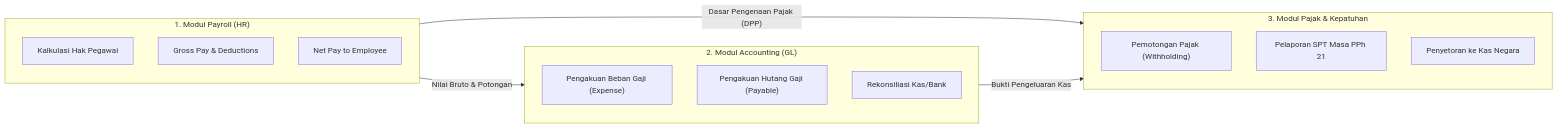
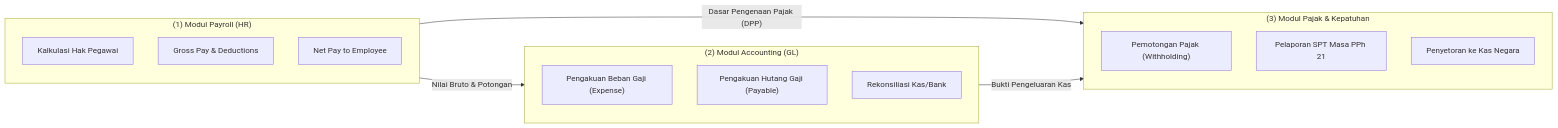
The first of 2 diagrams in content/10-hr/payroll-fundamentals.md (alimurrofid/erp-notes), drawn with Mermaid before and after one commit. The commit also changed other lines of this file and 132 other files, not shown here.

````diff
--- a/content/10-hr/payroll-fundamentals.md
+++ b/content/10-hr/payroll-fundamentals.md
@@ -29,24 +29,24 @@
 ```mermaid
 flowchart LR
-    subgraph PAY["1. Modul Payroll (HR)"]
+    subgraph PAY["(1) Modul Payroll (HR)"]
         P1["Kalkulasi Hak Pegawai"]
         P2["Gross Pay & Deductions"]
         P3["Net Pay to Employee"]
     end
 
-    subgraph ACCT["2. Modul Accounting (GL)"]
+    subgraph ACCT["(2) Modul Accounting (GL)"]
         A1["Pengakuan Beban Gaji (Expense)"]
         A2["Pengakuan Hutang Gaji (Payable)"]
         A3["Rekonsiliasi Kas/Bank"]
     end
 
-    subgraph TAX["3. Modul Pajak & Kepatuhan"]
+    subgraph TAX["(3) Modul Pajak & Kepatuhan"]
         T1["Pemotongan Pajak (Withholding)"]
         T2["Pelaporan SPT Masa PPh 21"]
         T3["Penyetoran ke Kas Negara"]
     end
 
     PAY -- "Nilai Bruto & Potongan" --> ACCT
     PAY -- "Dasar Pengenaan Pajak (DPP)" --> TAX
     ACCT -- "Bukti Pengeluaran Kas" --> TAX
 ```
````
